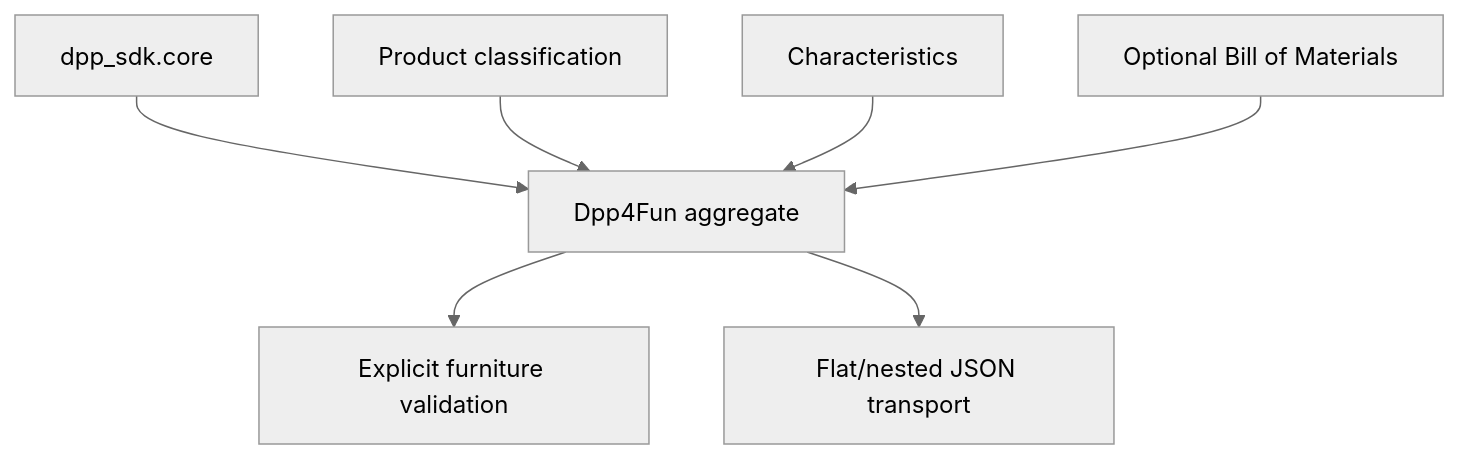
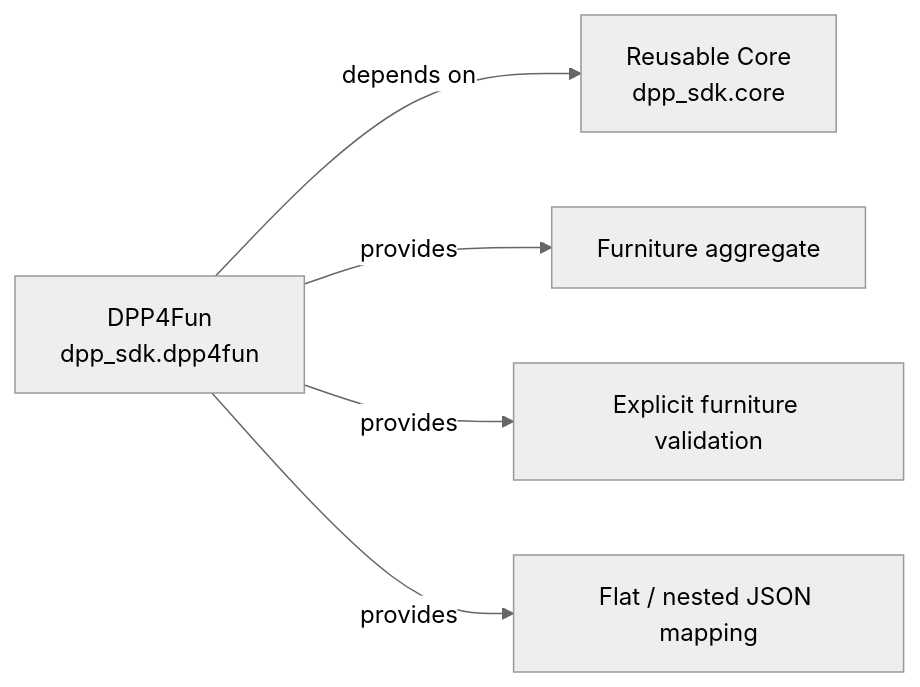
One commit to CIR4FUN-EU/python-dpp-sdk changed the diagram in docs/architecture/python-dpp4fun-model.mmd. Above: the diagram before and after it, drawn with Mermaid (neutral theme). The commit also changed 114 other files, not shown here.

```diff
--- a/docs/architecture/python-dpp4fun-model.mmd
+++ b/docs/architecture/python-dpp4fun-model.mmd
@@ -1,7 +1,5 @@
-flowchart TB
-  Core["dpp_sdk.core"] --> Dpp["Dpp4Fun aggregate"]
-  Classification["Product classification"] --> Dpp
-  Characteristics["Characteristics"] --> Dpp
-  Bom["Optional Bill of Materials"] --> Dpp
-  Dpp --> Validation["Explicit furniture validation"]
-  Dpp --> Transport["Flat/nested JSON transport"]
+flowchart LR
+  Dpp4Fun["DPP4Fun<br/>dpp_sdk.dpp4fun"] -->|depends on| Core["Reusable Core<br/>dpp_sdk.core"]
+  Dpp4Fun -->|provides| Model["Furniture aggregate"]
+  Dpp4Fun -->|provides| Validation["Explicit furniture validation"]
+  Dpp4Fun -->|provides| Transport["Flat / nested JSON mapping"]
```
